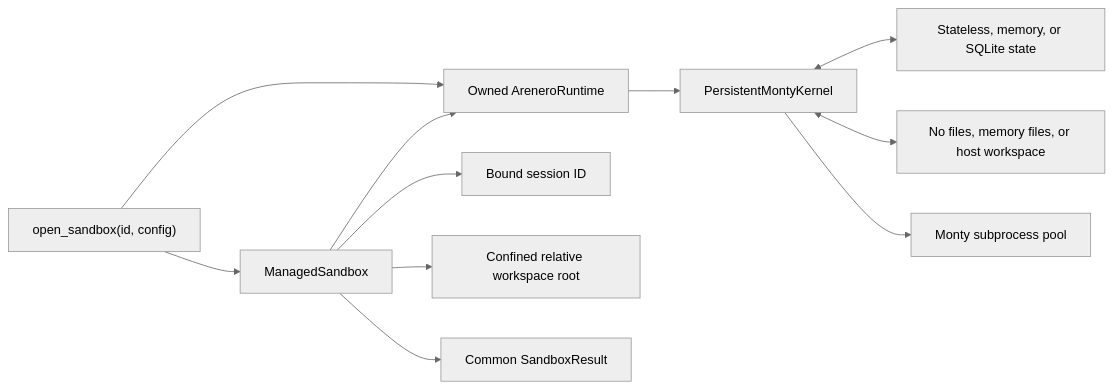
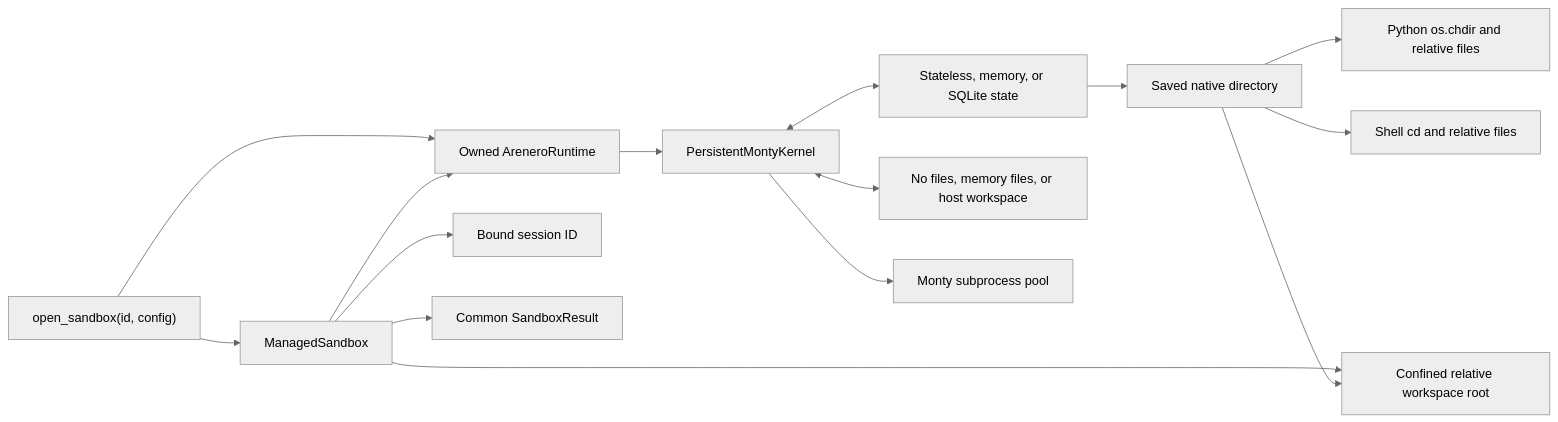
The first of 3 diagrams in docs/managed-sandbox.md (sgaseretto/arenero), drawn with Mermaid (neutral theme) before and after one commit. The commit also changed other lines of this file and 26 other files, not shown here.

````diff
--- a/docs/managed-sandbox.md
+++ b/docs/managed-sandbox.md
@@ -28,13 +28,17 @@
 ```mermaid
 flowchart LR
     Factory["open_sandbox(id, config)"] --> Runtime["Owned AreneroRuntime"]
     Runtime --> Kernel["PersistentMontyKernel"]
     Kernel <--> Store["Stateless, memory, or SQLite state"]
     Kernel <--> Files["No files, memory files, or host workspace"]
     Kernel --> Pool["Monty subprocess pool"]
     Factory --> Handle["ManagedSandbox"]
     Handle --> Session["Bound session ID"]
     Handle --> Root["Confined relative workspace root"]
+    Store --> Directory["Saved native directory"]
+    Directory --> Python["Python os.chdir and relative files"]
+    Directory --> Shell["Shell cd and relative files"]
+    Directory --> Root
     Handle --> Result["Common SandboxResult"]
     Handle --> Runtime
 ```
````
